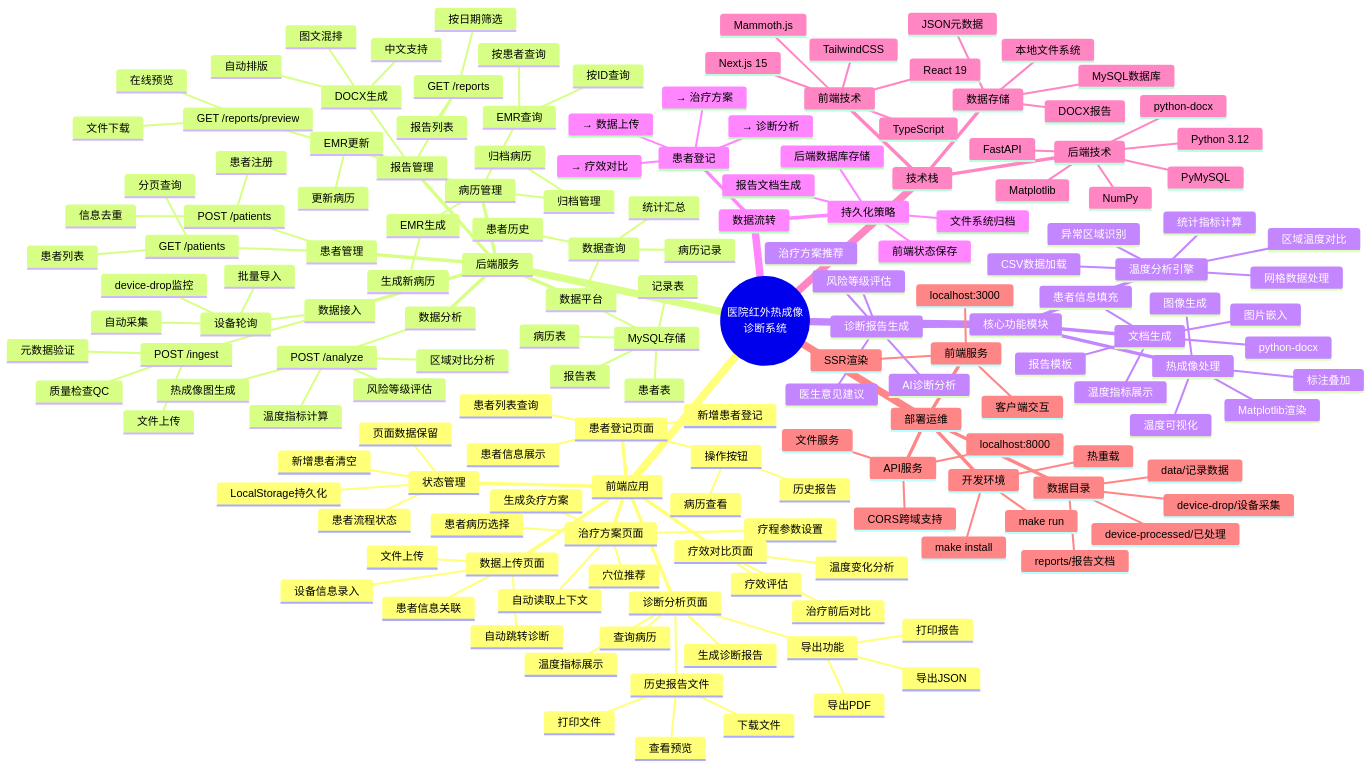
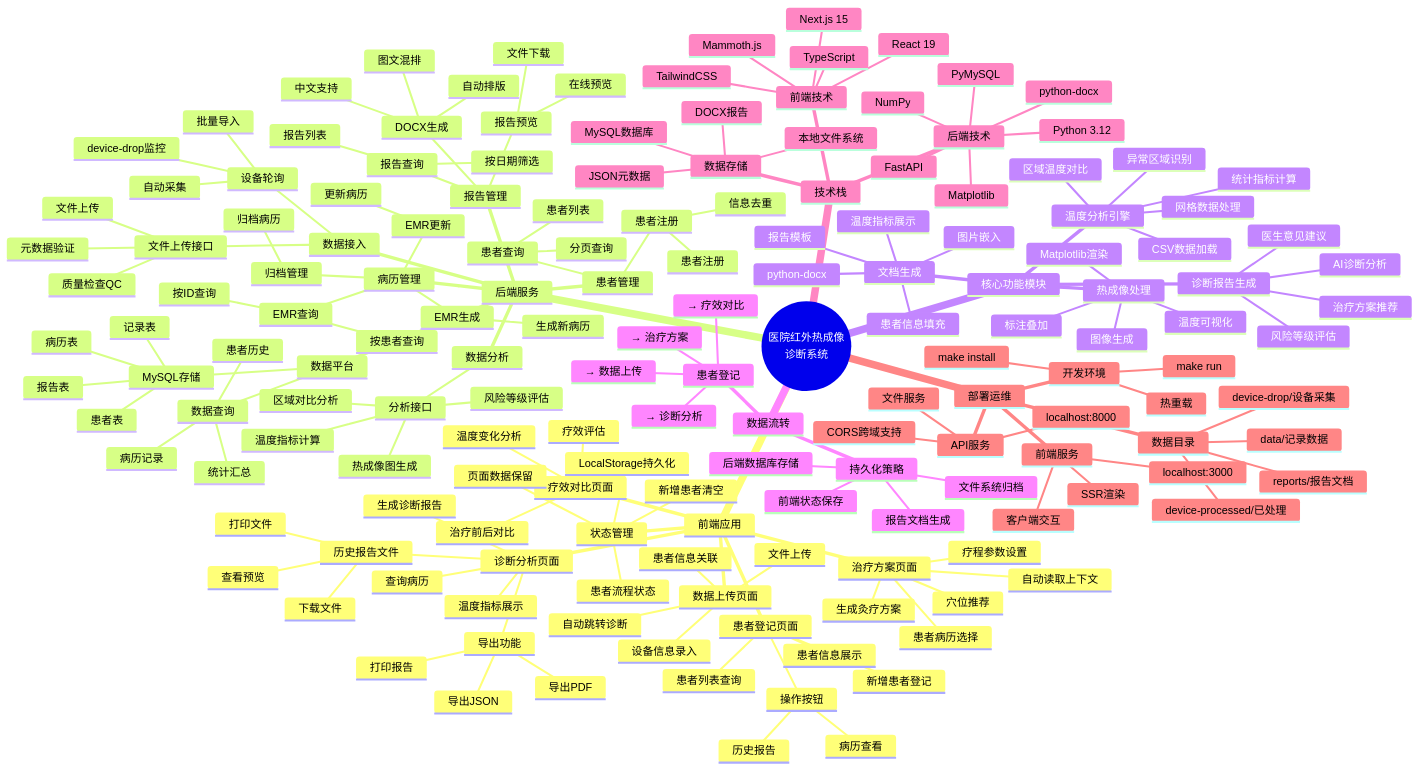
One commit to shuwenhe/emr changed the diagram in docs/project-mindmap.md. Above: the diagram before and after it, drawn with Mermaid.

```diff
--- a/docs/project-mindmap.md
+++ b/docs/project-mindmap.md
@@ -45,7 +45,7 @@
         新增患者清空
     后端服务
       数据接入
-        POST /ingest
+        文件上传接口
           文件上传
           元数据验证
           质量检查QC
@@ -54,7 +54,7 @@
           自动采集
           批量导入
       数据分析
-        POST /analyze
+        分析接口
           温度指标计算
           区域对比分析
           风险等级评估
@@ -70,17 +70,17 @@
         归档管理
           归档病历
       患者管理
-        POST /patients
+        患者注册
           患者注册
           信息去重
-        GET /patients
+        患者查询
           患者列表
           分页查询
       报告管理
-        GET /reports
+        报告查询
           报告列表
           按日期筛选
-        GET /reports/preview
+        报告预览
           在线预览
           文件下载
         DOCX生成
```
